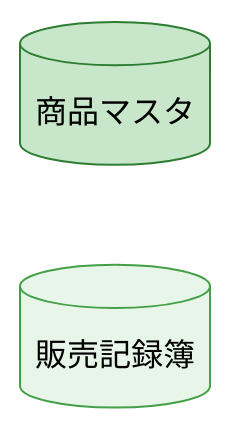
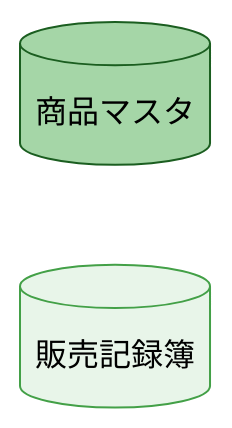
One commit to specdojo/spec-dojo-handbook changed the fifth of 5 diagrams in docs/ja/specdojo/rulebooks/cdfd-mermaid-rulebook.md. Above: the diagram before and after it, drawn with Mermaid. The commit also changed 11 other files, not shown here.

````diff
--- a/docs/ja/specdojo/rulebooks/cdfd-mermaid-rulebook.md
+++ b/docs/ja/specdojo/rulebooks/cdfd-mermaid-rulebook.md
@@ -210,11 +210,11 @@
 ```mermaid
 flowchart LR
-  classDef storeMaster fill:#c8e6c9,stroke:#2e7d32,color:#000
+  classDef storeMaster fill:#a5d6a7,stroke:#1b5e20,color:#000
   classDef storeTransaction fill:#e8f5e9,stroke:#43a047,color:#000
 
   商品マスタ[("商品マスタ")]
   販売記録簿[("販売記録簿")]
 
   class 商品マスタ storeMaster
   class 販売記録簿 storeTransaction
 ```
````
